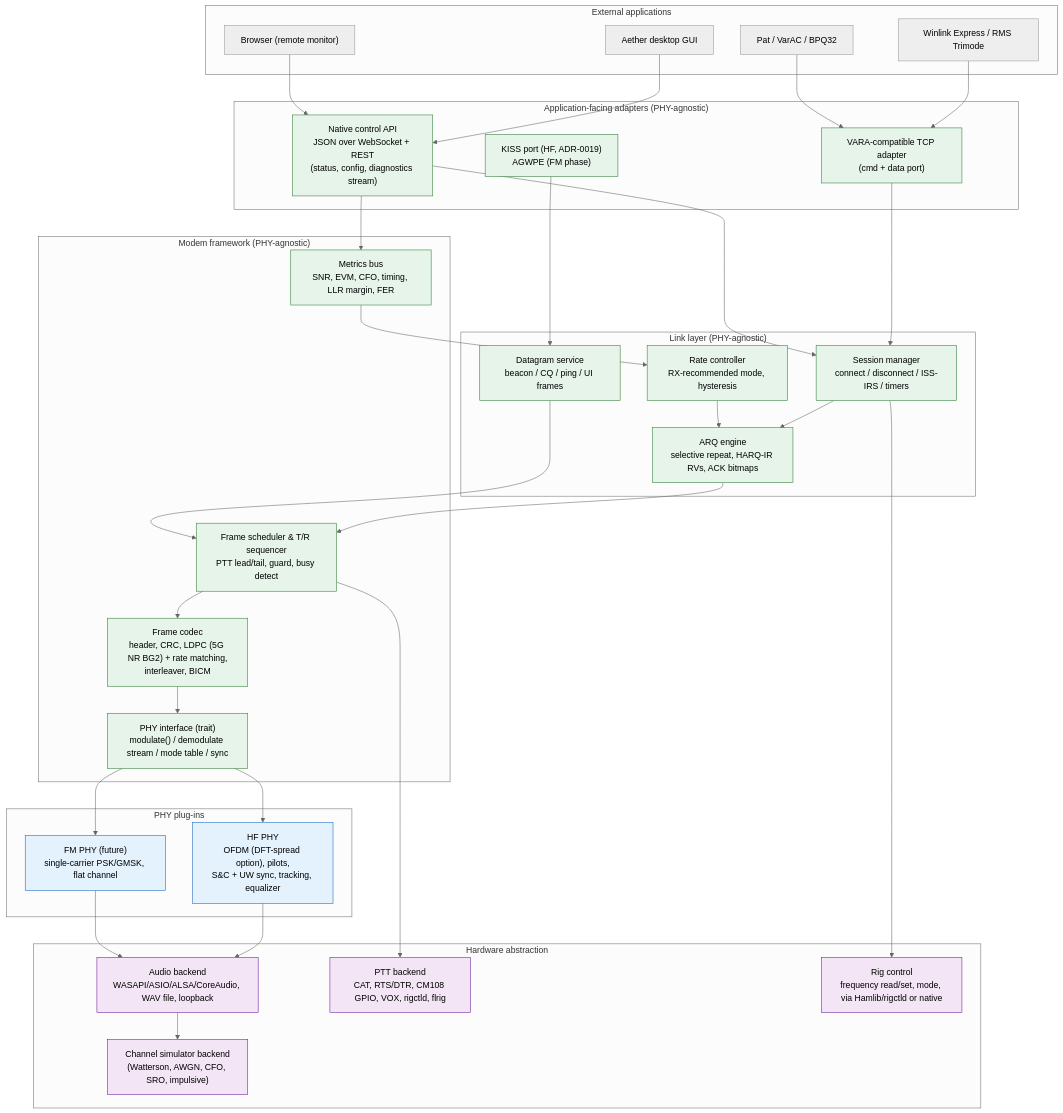
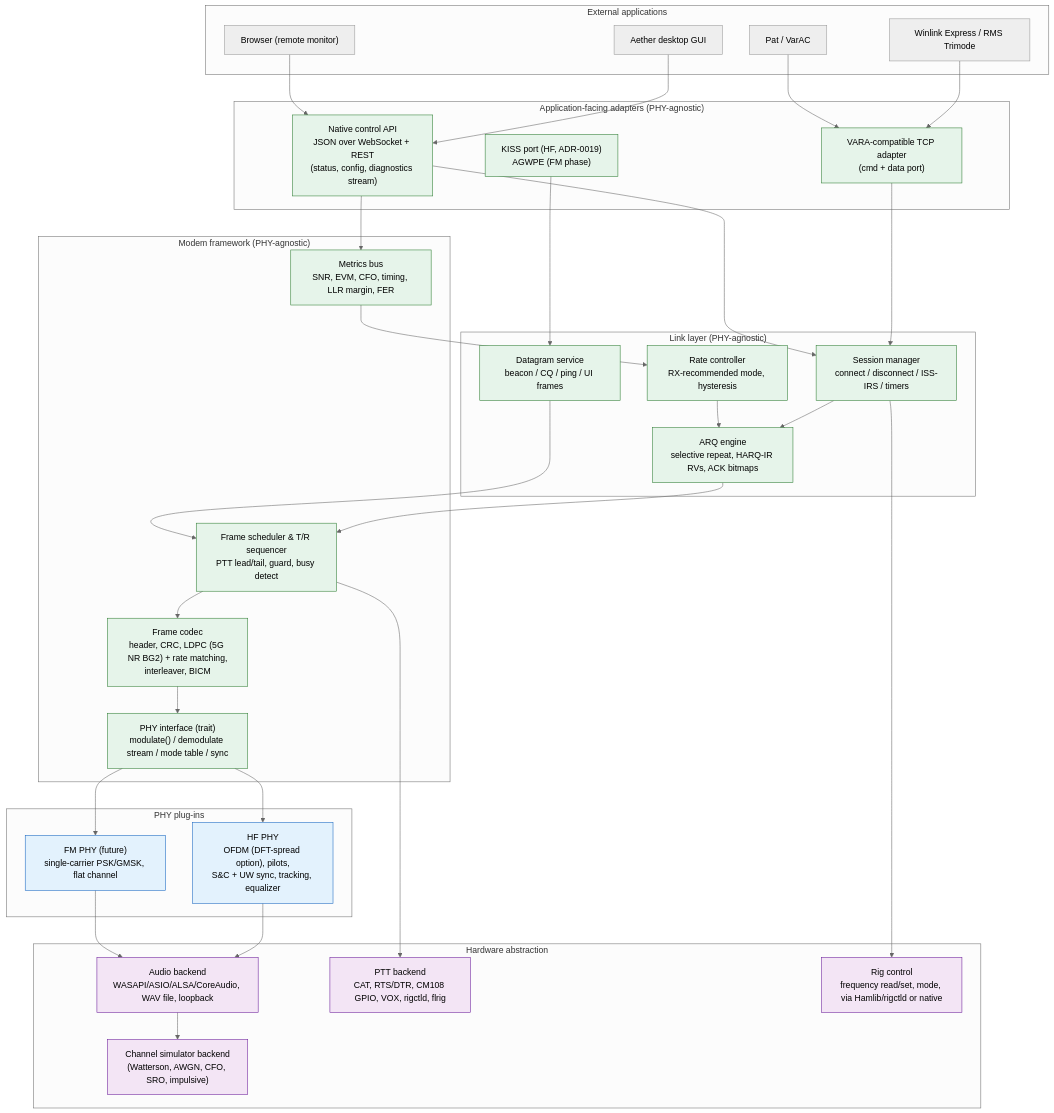
The second of 2 diagrams in docs/ROADMAP.md (KK4ODA/aether-hf), drawn with Mermaid (neutral theme) before and after one commit. The commit also changed other lines of this file and 11 other files, not shown here.

````diff
--- a/docs/ROADMAP.md
+++ b/docs/ROADMAP.md
@@ -116,66 +116,66 @@
 ```mermaid
 flowchart TB
   classDef reuse fill:#e6f4ea,stroke:#2e7d32,color:#000
   classDef phy fill:#e3f2fd,stroke:#1565c0,color:#000
   classDef hw fill:#f3e5f5,stroke:#6a1b9a,color:#000
 
   subgraph APPS["External applications"]
     WE["Winlink Express / RMS Trimode"]
-    PAT["Pat / VarAC / BPQ32"]
+    PAT["Pat / VarAC"]
     WEB["Browser (remote monitor)"]
     GUI["Aether desktop GUI"]
   end
 
   subgraph API["Application-facing adapters (PHY-agnostic)"]
     VADP["VARA-compatible TCP adapter<br/>(cmd + data port)"]:::reuse
     KISS["KISS port (HF, ADR-0019)<br/>AGWPE (FM phase)"]:::reuse
     CTRL["Native control API<br/>JSON over WebSocket + REST<br/>(status, config, diagnostics stream)"]:::reuse
   end
 
   subgraph LINK["Link layer (PHY-agnostic)"]
     SESSION["Session manager<br/>connect / disconnect / ISS-IRS / timers"]:::reuse
     ARQ["ARQ engine<br/>selective repeat, HARQ-IR RVs, ACK bitmaps"]:::reuse
     RATE["Rate controller<br/>RX-recommended mode, hysteresis"]:::reuse
     DGRAM["Datagram service<br/>beacon / CQ / ping / UI frames"]:::reuse
   end
 
   subgraph MODEM["Modem framework (PHY-agnostic)"]
     SCHED["Frame scheduler & T/R sequencer<br/>PTT lead/tail, guard, busy detect"]:::reuse
     CODEC["Frame codec<br/>header, CRC, LDPC (5G NR BG2) + rate matching,<br/>interleaver, BICM"]:::reuse
     METRICS["Metrics bus<br/>SNR, EVM, CFO, timing, LLR margin, FER"]:::reuse
     PHYIF["PHY interface (trait)<br/>modulate() / demodulate stream / mode table / sync"]:::reuse
   end
 
   subgraph PHYS["PHY plug-ins"]
     HF["HF PHY<br/>OFDM (DFT-spread option), pilots,<br/>S&C + UW sync, tracking, equalizer"]:::phy
     FM["FM PHY (future)<br/>single-carrier PSK/GMSK, flat channel"]:::phy
   end
 
   subgraph HAL["Hardware abstraction"]
     AUDIO["Audio backend<br/>WASAPI/ASIO/ALSA/CoreAudio, WAV file, loopback"]:::hw
     PTTB["PTT backend<br/>CAT, RTS/DTR, CM108 GPIO, VOX, rigctld, flrig"]:::hw
     CAT["Rig control<br/>frequency read/set, mode, via Hamlib/rigctld or native"]:::hw
     SIM["Channel simulator backend<br/>(Watterson, AWGN, CFO, SRO, impulsive)"]:::hw
   end
 
   WE --> VADP
   PAT --> VADP
   GUI --> CTRL
   WEB --> CTRL
   VADP --> SESSION
   KISS --> DGRAM
   CTRL --> SESSION
   CTRL --> METRICS
   SESSION --> ARQ --> SCHED
   RATE --> ARQ
   DGRAM --> SCHED
   SCHED --> CODEC --> PHYIF
   METRICS --> RATE
   PHYIF --> HF
   PHYIF --> FM
   HF --> AUDIO
   FM --> AUDIO
   SCHED --> PTTB
   SESSION --> CAT
   AUDIO --> SIM
 ```
````
